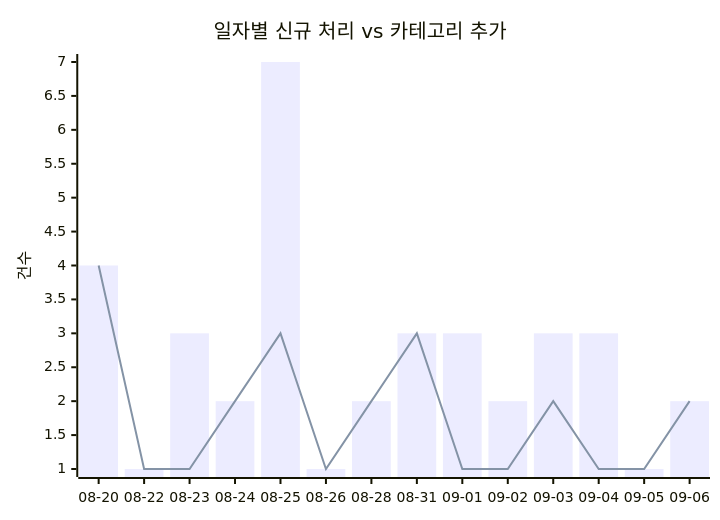
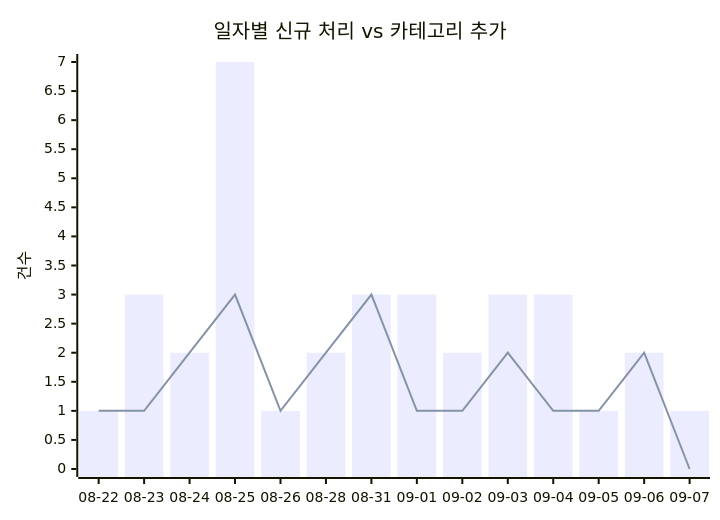
Before and after one commit to J-nowcow/awesome-korean-agent-skills: the first of 2 diagrams in docs/trends.md, drawn with Mermaid. The commit also changed other lines of this file and 2 other files, not shown here.

````diff
--- a/docs/trends.md
+++ b/docs/trends.md
@@ -32,8 +32,8 @@
 ```mermaid
 xychart-beta
     title "일자별 신규 처리 vs 카테고리 추가"
-    x-axis ["08-20","08-22","08-23","08-24","08-25","08-26","08-28","08-31","09-01","09-02","09-03","09-04","09-05","09-06"]
+    x-axis ["08-22","08-23","08-24","08-25","08-26","08-28","08-31","09-01","09-02","09-03","09-04","09-05","09-06","09-07"]
     y-axis "건수"
-    bar [4,1,3,2,7,1,2,3,3,2,3,3,1,2]
-    line [4,1,1,2,3,1,2,3,1,1,2,1,1,2]
+    bar [1,3,2,7,1,2,3,3,2,3,3,1,2,1]
+    line [1,1,2,3,1,2,3,1,1,2,1,1,2,0]
 ```
````
